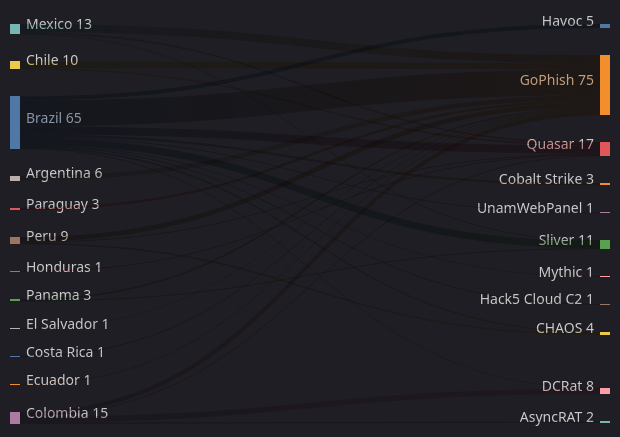
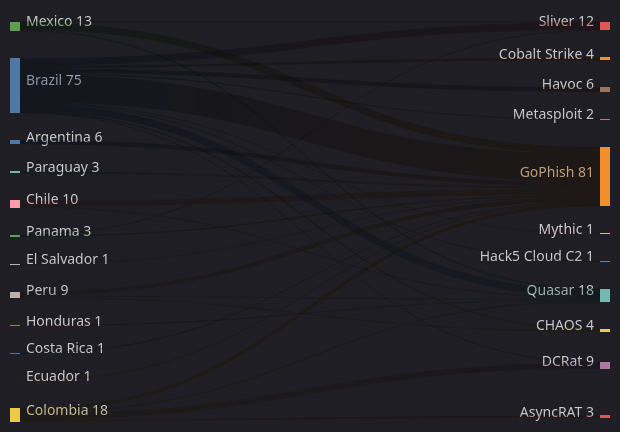
Before and after one commit to ZoqueLabs/website: the fifth of 8 diagrams in zolim.md, drawn with Mermaid. The commit also changed other lines of this file, not shown here.

````diff
--- a/zolim.md
+++ b/zolim.md
@@ -114,38 +114,38 @@
 ```mermaid
 ---
 config:
   theme: dark
 ---
 %% Country → Threat (top)
 sankey-beta
-  Brazil,GoPhish,32
+  Brazil,GoPhish,38
+  Brazil,Sliver,10
   Brazil,Quasar,10
   Mexico,GoPhish,10
-  Brazil,Sliver,9
+  Colombia,DCRat,8
   Chile,GoPhish,8
-  Colombia,DCRat,7
+  Brazil,Havoc,6
   Peru,GoPhish,6
   Argentina,GoPhish,6
-  Brazil,Havoc,5
   Colombia,GoPhish,5
-  Brazil,Cobalt Strike,3
+  Brazil,Cobalt Strike,4
+  Colombia,AsyncRAT,3
   Paraguay,GoPhish,3
-  Colombia,AsyncRAT,2
   Chile,Quasar,2
   Panama,GoPhish,2
   Mexico,Quasar,2
+  Colombia,Quasar,2
   Peru,CHAOS,2
   Brazil,CHAOS,2
-  Brazil,UnamWebPanel,1
+  Brazil,Metasploit,2
   Brazil,Mythic,1
   Brazil,Hack5 Cloud C2,1
   Mexico,Sliver,1
   Panama,Sliver,1
   Peru,Quasar,1
   El Salvador,GoPhish,1
   Costa Rica,GoPhish,1
   Ecuador,GoPhish,1
   Brazil,DCRat,1
   Honduras,Quasar,1
-  Colombia,Quasar,1
 ```
````
